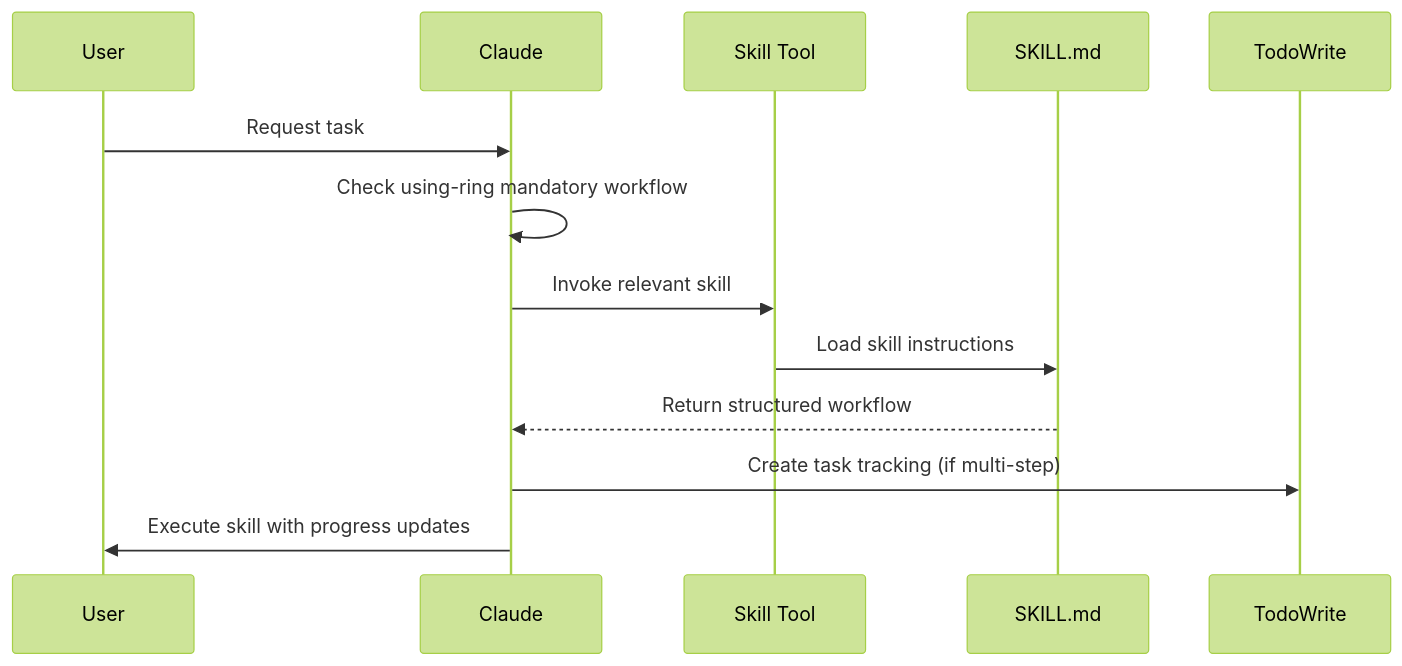
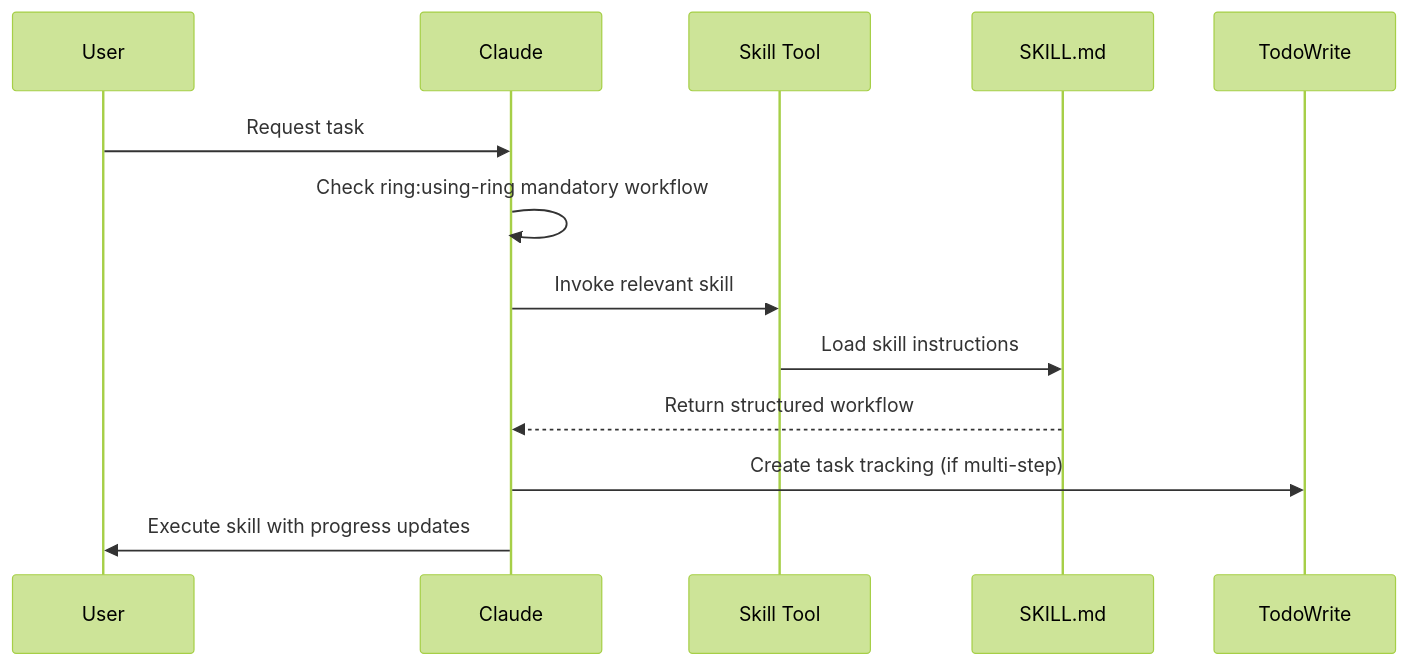
The second of 3 diagrams in ARCHITECTURE.md (alexgarzao/ring), drawn with Mermaid (forest theme) before and after one commit. The commit also changed other lines of this file and 141 other files, not shown here.

Commit message:
refactor(core): prefix all components with 'ring:' for a unified API feat(codereview): add data-flow and context-compilation analysis tools

````diff
--- a/ARCHITECTURE.md
+++ b/ARCHITECTURE.md
@@ -334,16 +334,16 @@
 ```mermaid
 sequenceDiagram
     participant User
     participant Claude
     participant Skill Tool
     participant SKILL.md
     participant TodoWrite
 
     User->>Claude: Request task
-    Claude->>Claude: Check using-ring mandatory workflow
+    Claude->>Claude: Check ring:using-ring mandatory workflow
     Claude->>Skill Tool: Invoke relevant skill
     Skill Tool->>SKILL.md: Load skill instructions
     SKILL.md-->>Claude: Return structured workflow
     Claude->>TodoWrite: Create task tracking (if multi-step)
     Claude->>User: Execute skill with progress updates
 ```
````
